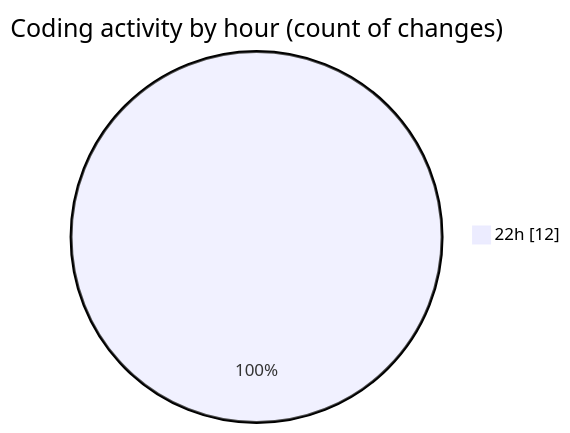
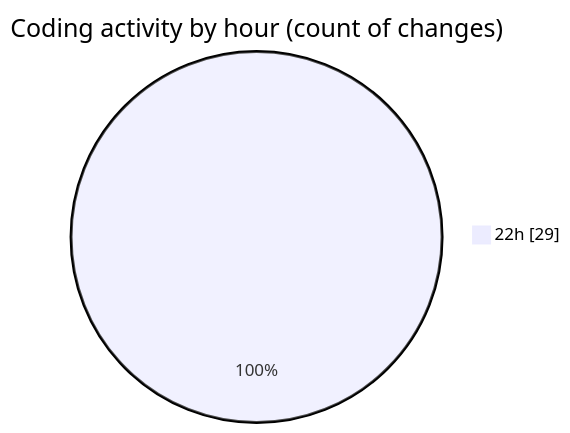
Before and after one commit to lephambinh05/code-tracking: the second of 2 diagrams in 2025-07-14/nhahang/README.md, drawn with Mermaid. The commit also changed other lines of this file and 1 other file, not shown here.

````diff
--- a/2025-07-14/nhahang/README.md
+++ b/2025-07-14/nhahang/README.md
@@ -35,5 +43,5 @@
 ```mermaid
 pie showData
 title Coding activity by hour (count of changes)
-"22h" : 12
+"22h" : 29
 ```
````
